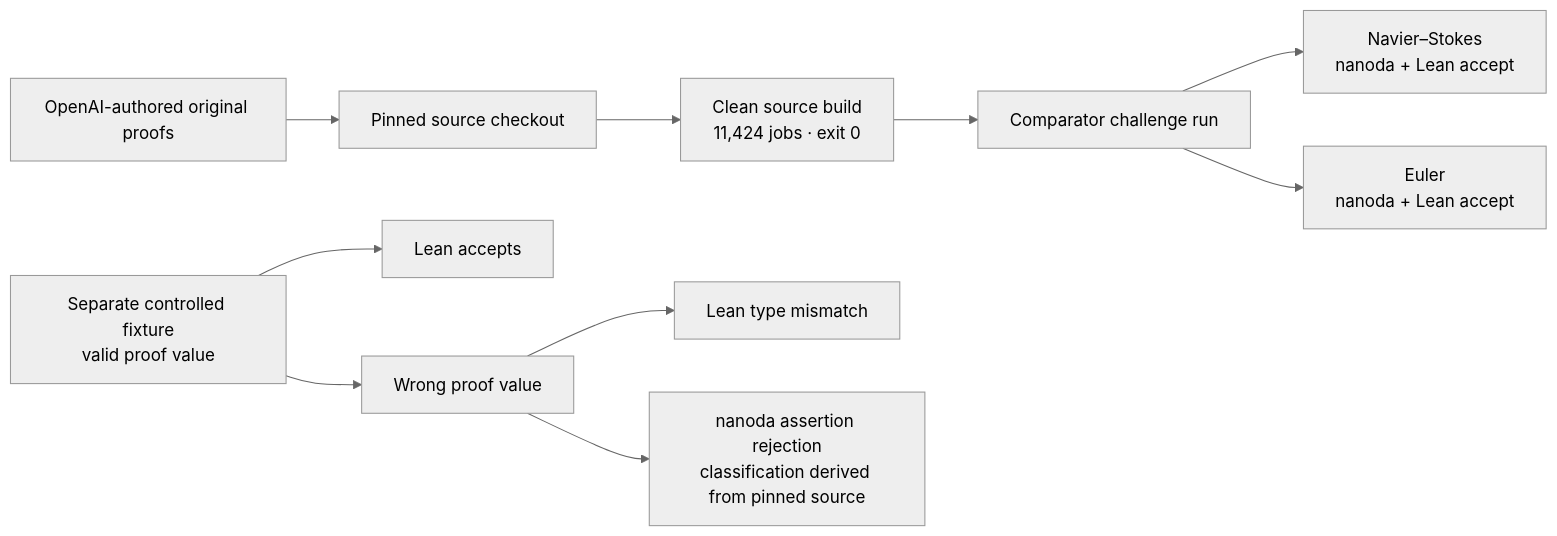
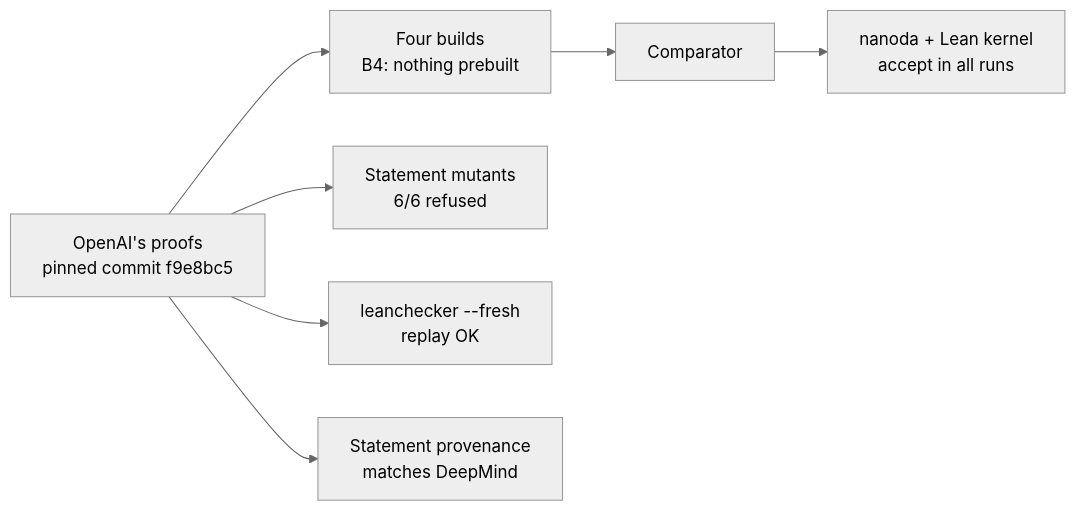
The diagram in README.md (criguex/scientific-qa-evidence), drawn with Mermaid (neutral theme) before and after one commit. The commit also changed other lines of this file and 23 other files, not shown here.

````diff
--- a/README.md
+++ b/README.md
@@ -72,11 +50,9 @@
 ```mermaid
 flowchart LR
-    A[OpenAI-authored original proofs] --> B[Pinned source checkout]
-    B --> C[Clean source build<br/>11,424 jobs · exit 0]
-    C --> D[Comparator challenge run]
-    D --> E[Navier–Stokes<br/>nanoda + Lean accept]
-    D --> F[Euler<br/>nanoda + Lean accept]
-    G[Separate controlled fixture<br/>valid proof value] --> H[Lean accepts]
-    G --> I[Wrong proof value] --> J[Lean type mismatch]
-    I --> K[nanoda assertion rejection<br/>classification derived from pinned source]
+    A[OpenAI's proofs<br/>pinned commit f9e8bc5] --> B[Four builds<br/>B4: nothing prebuilt]
+    B --> C[Comparator]
+    C --> D[nanoda + Lean kernel<br/>accept in all runs]
+    A --> E[Statement mutants<br/>6/6 refused]
+    A --> F[leanchecker --fresh<br/>replay OK]
+    A --> G[Statement provenance<br/>matches DeepMind]
 ```
````
